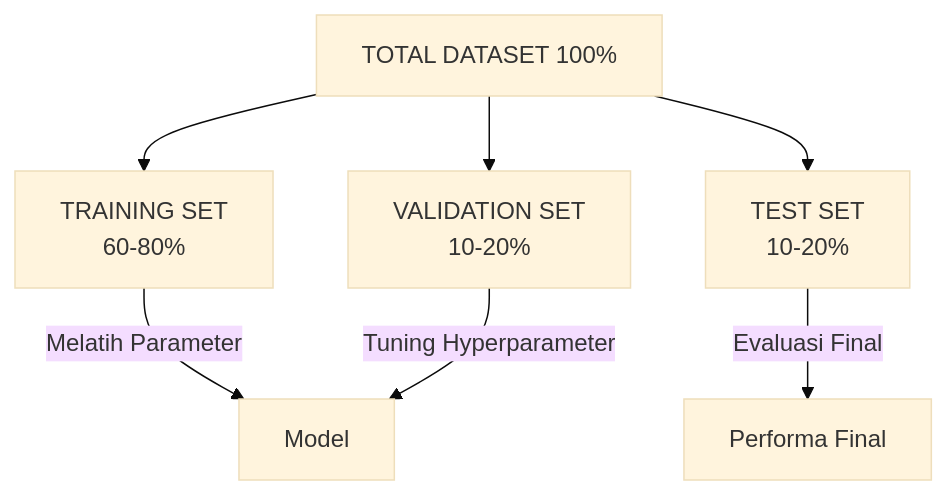
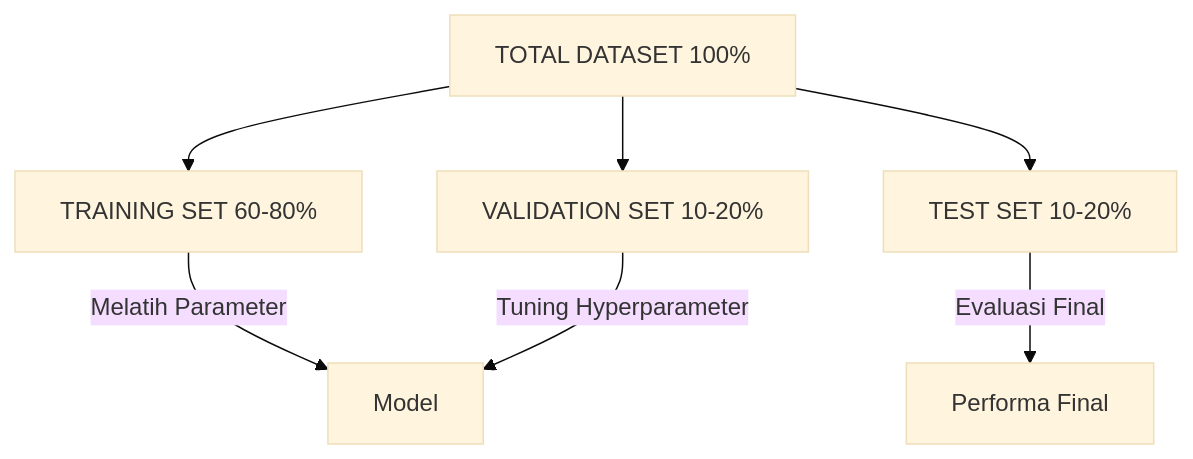
The fourth of 10 diagrams in bab-05-machine-learning.md (antonprafanto/dasarAI2026), drawn with Mermaid (base theme) before and after one commit. The commit also changed other lines of this file and 3 other files, not shown here.

Commit message:
Fix: Replace br tags in Mermaid diagrams with quoted labels

````diff
--- a/bab-05-machine-learning.md
+++ b/bab-05-machine-learning.md
@@ -159,10 +159,10 @@
 ```mermaid
 graph TD
-    Total[TOTAL DATASET 100%] --> TrainSet[TRAINING SET<br/>60-80%]
-    Total --> ValSet[VALIDATION SET<br/>10-20%]
-    Total --> TestSet[TEST SET<br/>10-20%]
+    Total[TOTAL DATASET 100%] --> TrainSet["TRAINING SET 60-80%"]
+    Total --> ValSet["VALIDATION SET 10-20%"]
+    Total --> TestSet["TEST SET 10-20%"]
 
     TrainSet -->|Melatih Parameter| Model
     ValSet -->|Tuning Hyperparameter| Model
     TestSet -->|Evaluasi Final| Perf[Performa Final]
 ```
````
